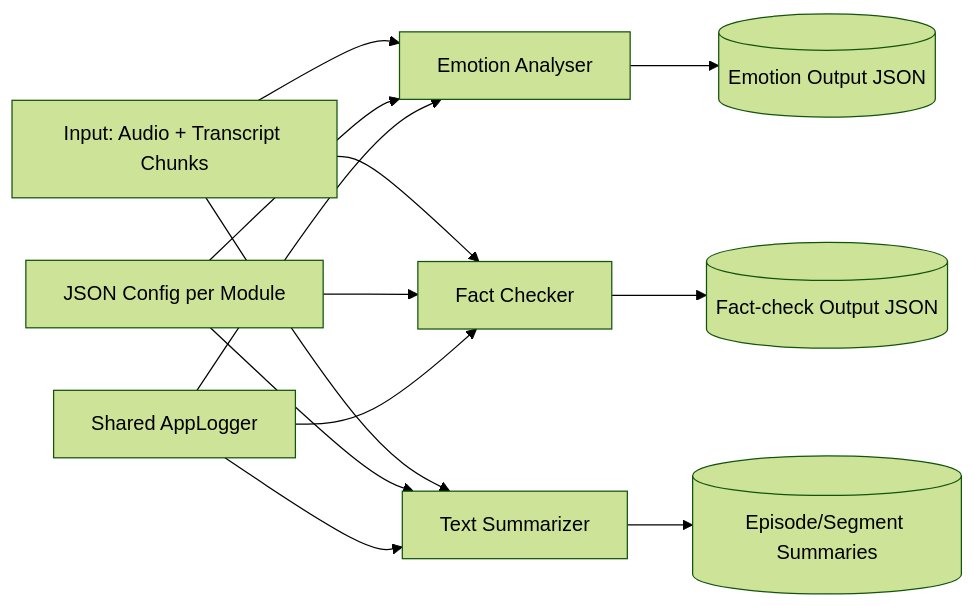
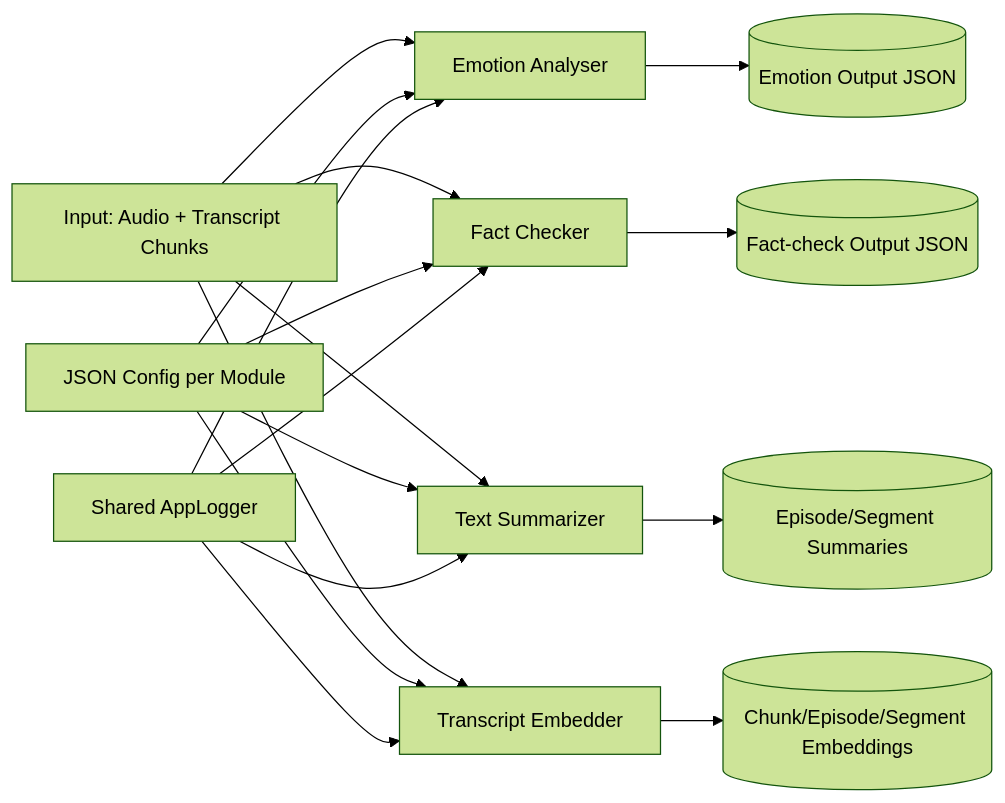
Before and after one commit to Tilmanzzz/media-lens: the first of 5 diagrams in docs/silver_enriched.md, drawn with Mermaid (forest theme). The commit also changed other lines of this file and 19 other files, not shown here.

````diff
--- a/docs/silver_enriched.md
+++ b/docs/silver_enriched.md
@@ -27,18 +29,22 @@
 ```mermaid
 flowchart LR
     A[Input: Audio + Transcript Chunks] --> B[Emotion Analyser]
     A --> C[Fact Checker]
     A --> D[Text Summarizer]
+    A --> J[Transcript Embedder]
 
     B --> E[(Emotion Output JSON)]
     C --> F[(Fact-check Output JSON)]
     D --> G[(Episode/Segment Summaries)]
+    J --> K[(Chunk/Episode/Segment Embeddings)]
 
     H[JSON Config per Module] --> B
     H --> C
     H --> D
+    H --> J
 
     I[Shared AppLogger] --> B
     I --> C
     I --> D
+    I --> J
 ```
````
